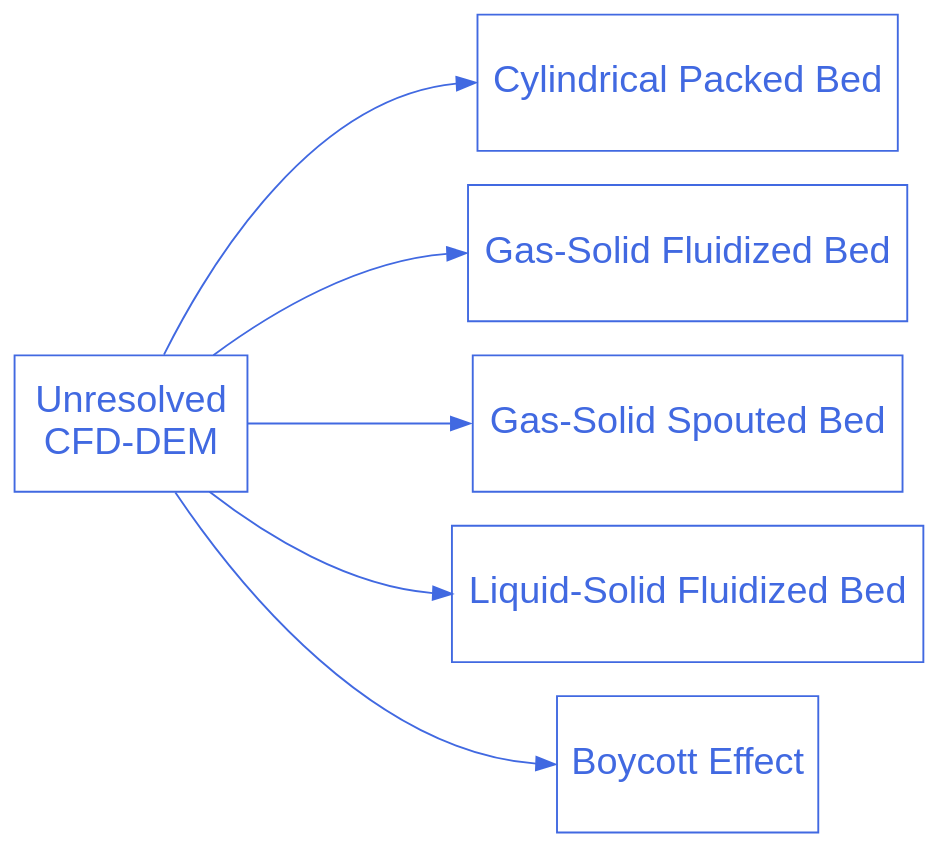
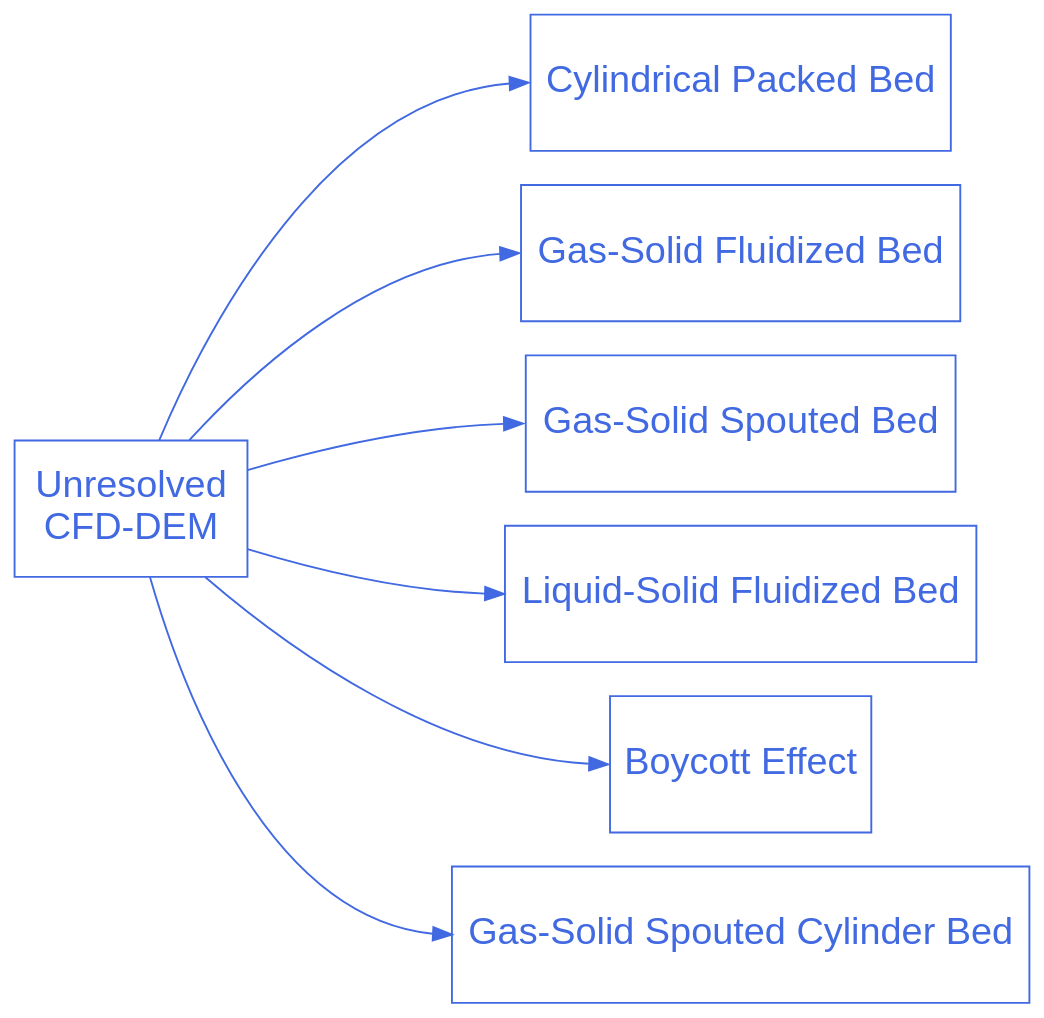
The diagram in doc/source/examples/unresolved-cfd-dem/unresolved-cfd-dem.rst (chaos-polymtl/lethe), drawn with Graphviz before and after one commit. The commit also changed other lines of this file, not shown here.

Commit message:
add the example to the toctree

```diff
--- a/doc/source/examples/unresolved-cfd-dem/unresolved-cfd-dem.rst
+++ b/doc/source/examples/unresolved-cfd-dem/unresolved-cfd-dem.rst
@@ -18,27 +19,31 @@
 .. graphviz:: 
 
     digraph unresolved_cfd_dem_diagram {
       graph [bgcolor="transparent", align=true, ranksep=1.5];
       node [fontname=Arial, fontsize=20, shape=box, fontcolor=royalblue, color=royalblue, height=1];
       edge [color=royalblue];
       rankdir="LR";
       size = "9,9";
 
       unresolved_cfd_dem [label="Unresolved \nCFD-DEM", href="https://chaos-polymtl.github.io/lethe/documentation/examples/unresolved-cfd-dem/unresolved-cfd-dem.html"];
 
       cfd_dem_1 [label="Cylindrical Packed Bed", href="https://chaos-polymtl.github.io/lethe/documentation/examples/unresolved-cfd-dem/cylindrical-packed-bed/cylindrical-packed-bed.html"];
 
       cfd_dem_2 [label="Gas-Solid Fluidized Bed", href="https://chaos-polymtl.github.io/lethe/documentation/examples/unresolved-cfd-dem/gas-solid-fluidized-bed/gas-solid-fluidized-bed.html"];
 
       cfd_dem_3 [label="Gas-Solid Spouted Bed", href="https://chaos-polymtl.github.io/lethe/documentation/examples/unresolved-cfd-dem/gas-solid-spouted-bed/gas-solid-spouted-bed.html"];
 
       cfd_dem_4 [label="Liquid-Solid Fluidized Bed", href="https://chaos-polymtl.github.io/lethe/documentation/examples/unresolved-cfd-dem/liquid-solid-fluidized-bed/liquid-solid-fluidized-bed.html"];
 
       cfd_dem_5 [label="Boycott Effect", href="https://chaos-polymtl.github.io/lethe/documentation/examples/unresolved-cfd-dem/boycott-effect/boycott-effect.html"];
+
+      cfd_dem_6 [label="Gas-Solid Spouted Cylinder Bed", href="https://chaos-polymtl.github.io/lethe/documentation/examples/unresolved-cfd-dem/gas-solid-spouted-cylinder-bed/gas-solid-spouted-cylinder-bed.html"];
       
       unresolved_cfd_dem -> cfd_dem_1:w;
       unresolved_cfd_dem -> cfd_dem_2:w;
       unresolved_cfd_dem -> cfd_dem_3:w;
       unresolved_cfd_dem -> cfd_dem_4:w;
       unresolved_cfd_dem -> cfd_dem_5:w;
+      unresolved_cfd_dem -> cfd_dem_6:w;
+
     }
```
